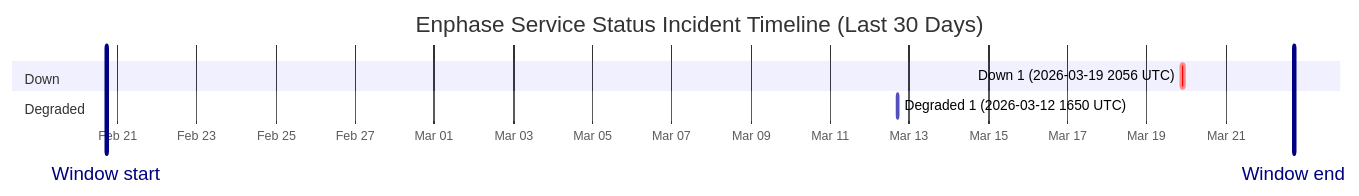
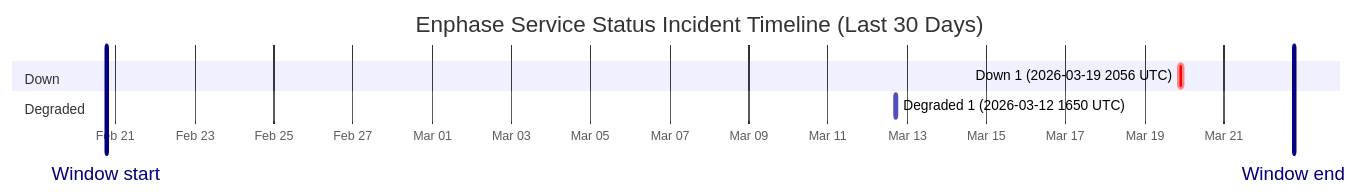
Before and after one commit to barneyonline/ha-enphase-ev-charger: the diagram in wiki/Service-Status-History.md, drawn with Mermaid. The commit also changed other lines of this file and 3 other files, not shown here.

````diff
--- a/wiki/Service-Status-History.md
+++ b/wiki/Service-Status-History.md
@@ -14,12 +14,12 @@
 ```mermaid
 gantt
     title Enphase Service Status Incident Timeline (Last 30 Days)
     dateFormat  YYYY-MM-DDTHH:mm:ss
     axisFormat  %b %d
-    Window start :vert, window-start, 2026-02-20T17:17:49, 0ms
-    Window end :vert, window-end, 2026-03-22T17:17:49, 0ms
+    Window start :vert, window-start, 2026-02-20T18:24:11, 0ms
+    Window end :vert, window-end, 2026-03-22T18:24:11, 0ms
     section Down
     Down 1 (2026-03-19 2056 UTC) :crit, down-1, 2026-03-19T20:56:20, 145m
     section Degraded
     Degraded 1 (2026-03-12 1650 UTC) :active, degraded-1, 2026-03-12T16:50:43, 60m
 ```
````
